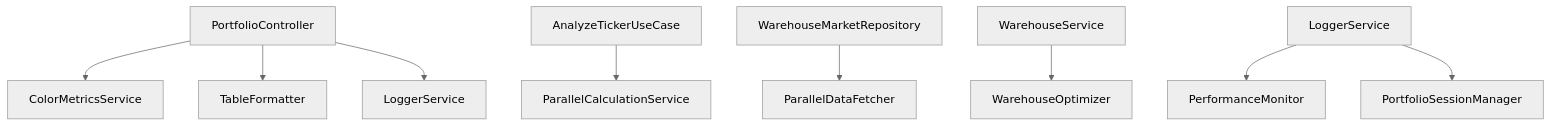
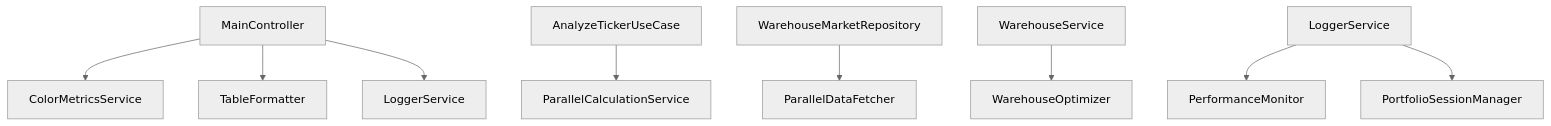
One commit to maxokhrimenko/omen.invest changed the second of 5 diagrams in docs/BACKEND.MD. Above: the diagram before and after it, drawn with Mermaid (neutral theme). The commit also changed other lines of this file and 43 other files, not shown here.

````diff
--- a/docs/BACKEND.MD
+++ b/docs/BACKEND.MD
@@ -217,13 +218,13 @@
 ```mermaid
 graph TD
-    A[PortfolioController] --> B[ColorMetricsService]
+    A[MainController] --> B[ColorMetricsService]
     A --> C[TableFormatter]
     A --> D[LoggerService]
     
     E[AnalyzeTickerUseCase] --> F[ParallelCalculationService]
     G[WarehouseMarketRepository] --> H[ParallelDataFetcher]
     I[WarehouseService] --> J[WarehouseOptimizer]
     
     K[LoggerService] --> L[PerformanceMonitor]
     K --> M[PortfolioSessionManager]
 ```
````
